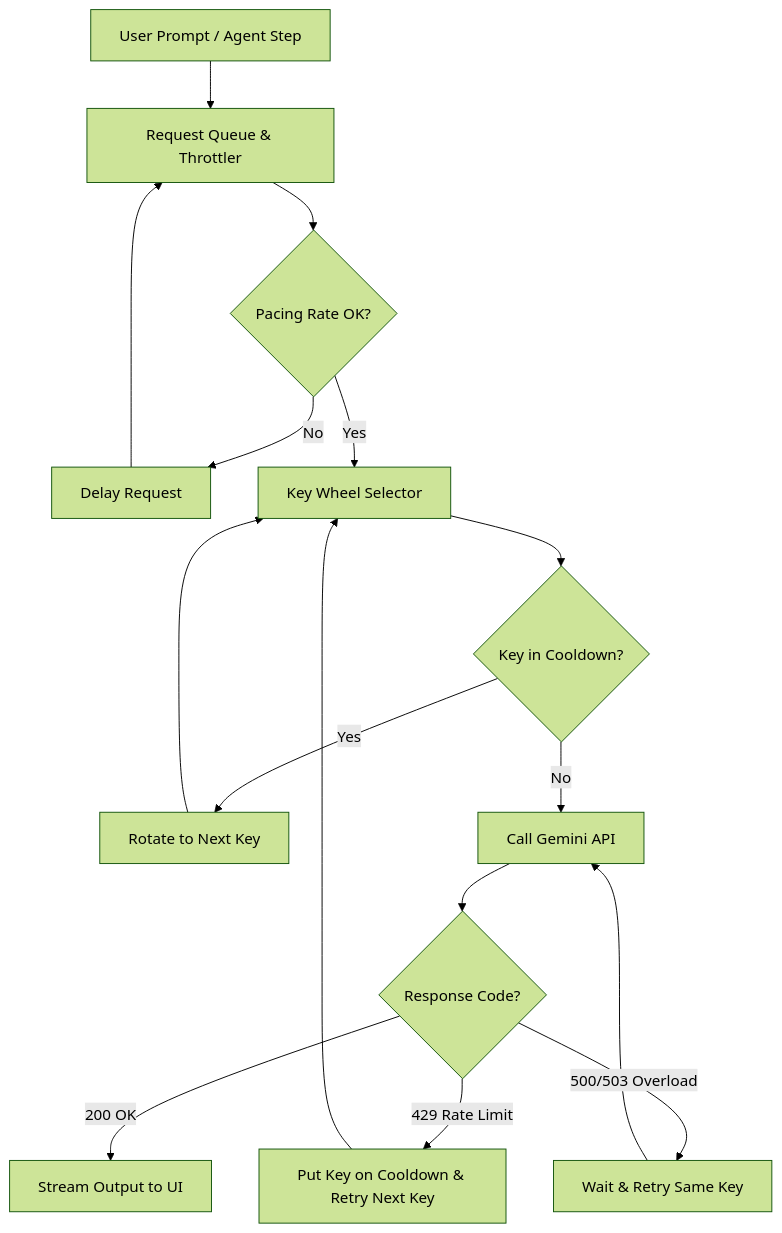
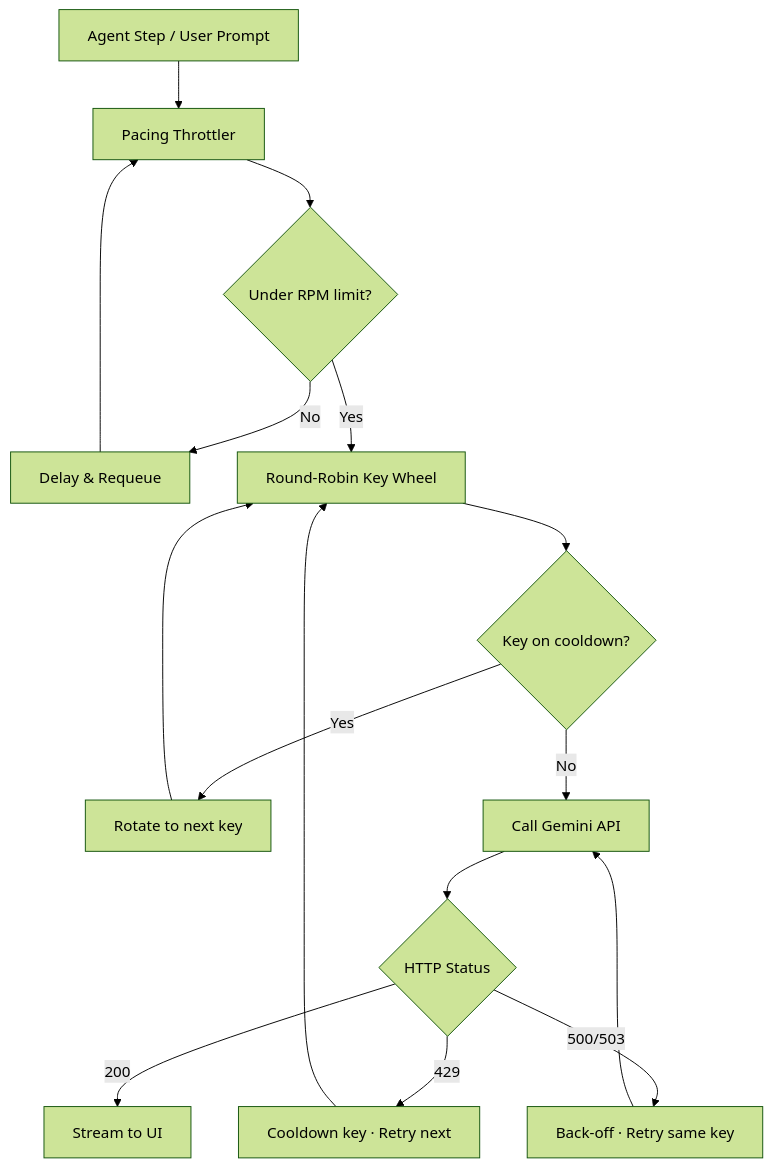
One commit to apssmandal/Flash-Code changed the diagram in README.md. Above: the diagram before and after it, drawn with Mermaid (forest theme). The commit also changed other lines of this file and 25 other files, not shown here.

````diff
--- a/README.md
+++ b/README.md
@@ -32,18 +111,18 @@
 ```mermaid
 graph TD
-    A[User Prompt / Agent Step] --> B[Request Queue & Throttler]
-    B --> C{Pacing Rate OK?}
-    C -- No --> D[Delay Request]
+    A[Agent Step / User Prompt] --> B[Pacing Throttler]
+    B --> C{Under RPM limit?}
+    C -- No --> D[Delay & Requeue]
     D --> B
-    C -- Yes --> E[Key Wheel Selector]
-    E --> F{Key in Cooldown?}
-    F -- Yes --> G[Rotate to Next Key]
+    C -- Yes --> E[Round-Robin Key Wheel]
+    E --> F{Key on cooldown?}
+    F -- Yes --> G[Rotate to next key]
     G --> E
     F -- No --> H[Call Gemini API]
-    H --> I{Response Code?}
-    I -- 200 OK --> J[Stream Output to UI]
-    I -- 429 Rate Limit --> K[Put Key on Cooldown & Retry Next Key]
+    H --> I{HTTP Status}
+    I -- 200 --> J[Stream to UI]
+    I -- 429 --> K[Cooldown key · Retry next]
     K --> E
-    I -- 500/503 Overload --> L[Wait & Retry Same Key]
+    I -- 500/503 --> L[Back-off · Retry same key]
     L --> H
 ```
````
